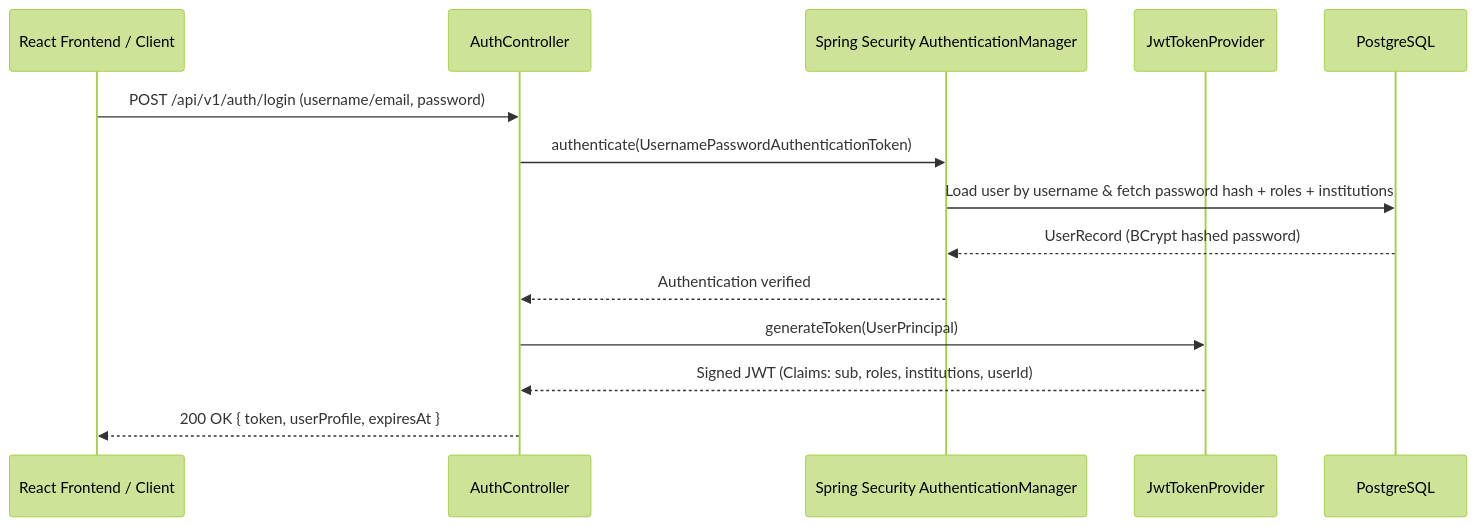
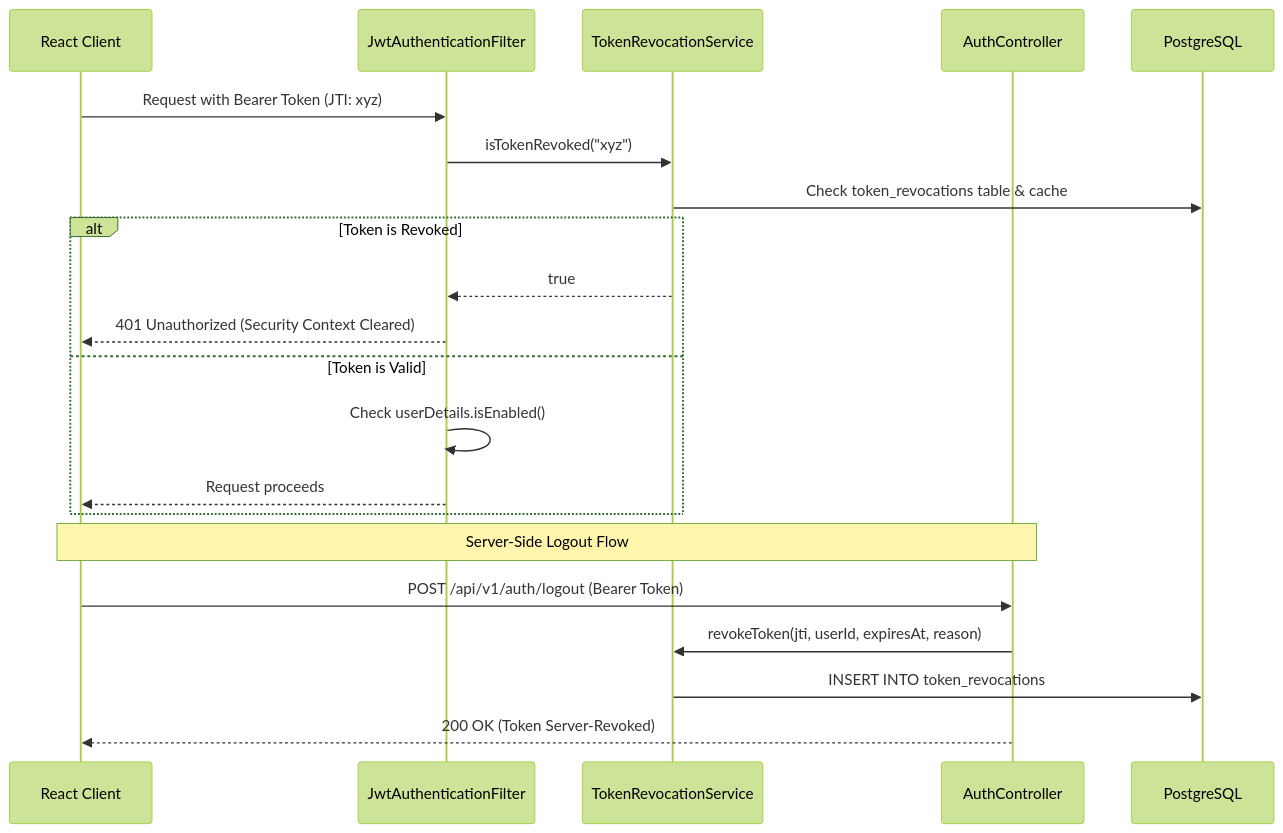
Before and after one commit to harshit-033/SAGE: the second of 2 diagrams in docs/security-model.md, drawn with Mermaid (forest theme). The commit also changed other lines of this file and 45 other files, not shown here.

````diff
--- a/docs/security-model.md
+++ b/docs/security-model.md
@@ -51,17 +93,25 @@
 ```mermaid
 sequenceDiagram
-    participant User as React Frontend / Client
+    participant Client as React Client
+    participant Filter as JwtAuthenticationFilter
+    participant RevokeSvc as TokenRevocationService
     participant AuthCtrl as AuthController
-    participant SecMgr as Spring Security AuthenticationManager
-    participant TokenProv as JwtTokenProvider
     participant DB as PostgreSQL
 
-    User->>AuthCtrl: POST /api/v1/auth/login (username/email, password)
-    AuthCtrl->>SecMgr: authenticate(UsernamePasswordAuthenticationToken)
-    SecMgr->>DB: Load user by username & fetch password hash + roles + institutions
-    DB-->>SecMgr: UserRecord (BCrypt hashed password)
-    SecMgr-->>AuthCtrl: Authentication verified
-    AuthCtrl->>TokenProv: generateToken(UserPrincipal)
-    TokenProv-->>AuthCtrl: Signed JWT (Claims: sub, roles, institutions, userId)
-    AuthCtrl-->>User: 200 OK { token, userProfile, expiresAt }
+    Client->>Filter: Request with Bearer Token (JTI: xyz)
+    Filter->>RevokeSvc: isTokenRevoked("xyz")
+    RevokeSvc->>DB: Check token_revocations table & cache
+    alt Token is Revoked
+        RevokeSvc-->>Filter: true
+        Filter-->>Client: 401 Unauthorized (Security Context Cleared)
+    else Token is Valid
+        Filter->>Filter: Check userDetails.isEnabled()
+        Filter-->>Client: Request proceeds
+    end
+
+    Note over Client,AuthCtrl: Server-Side Logout Flow
+    Client->>AuthCtrl: POST /api/v1/auth/logout (Bearer Token)
+    AuthCtrl->>RevokeSvc: revokeToken(jti, userId, expiresAt, reason)
+    RevokeSvc->>DB: INSERT INTO token_revocations
+    AuthCtrl-->>Client: 200 OK (Token Server-Revoked)
 ```
````
